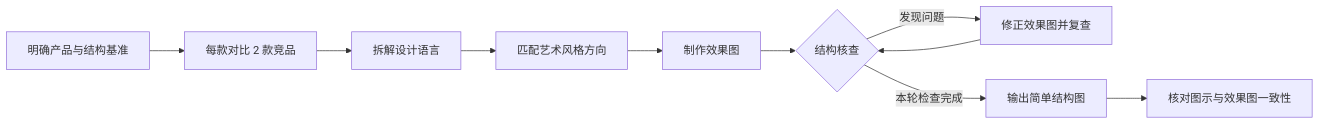
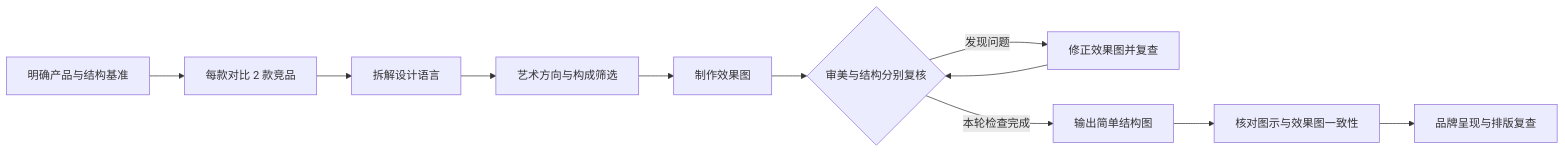
Before and after one commit to eze6668888-hash/tasteful-product-design: the diagram in README.md, drawn with Mermaid. The commit also changed other lines of this file and 13 other files, not shown here.

````diff
--- a/README.md
+++ b/README.md
@@ -39,12 +53,13 @@
 ```mermaid
 flowchart LR
     A[明确产品与结构基准] --> B[每款对比 2 款竞品]
     B --> C[拆解设计语言]
-    C --> D[匹配艺术风格方向]
+    C --> D[艺术方向与构成筛选]
     D --> E[制作效果图]
-    E --> F{结构核查}
+    E --> F{审美与结构分别复核}
     F -->|发现问题| G[修正效果图并复查]
     G --> F
     F -->|本轮检查完成| H[输出简单结构图]
     H --> I[核对图示与效果图一致性]
+    I --> J[品牌呈现与排版复查]
 ```
````
